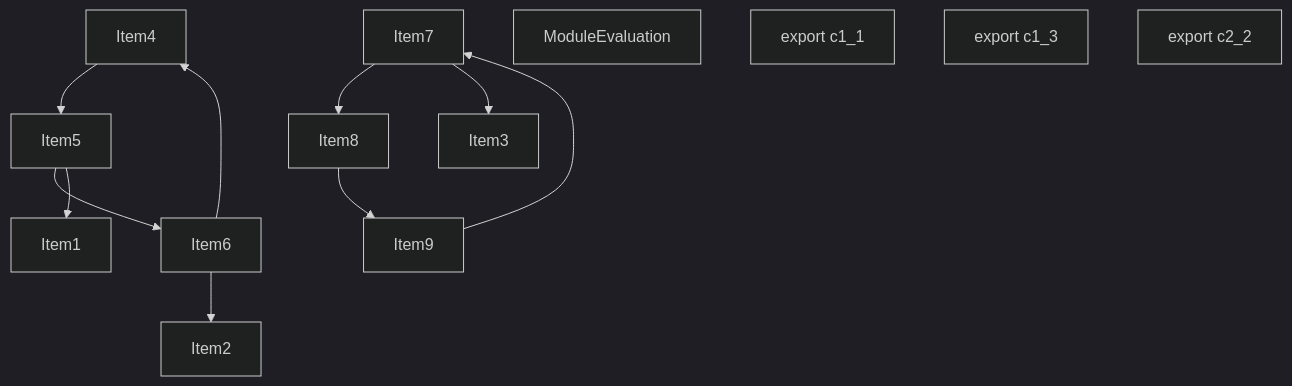
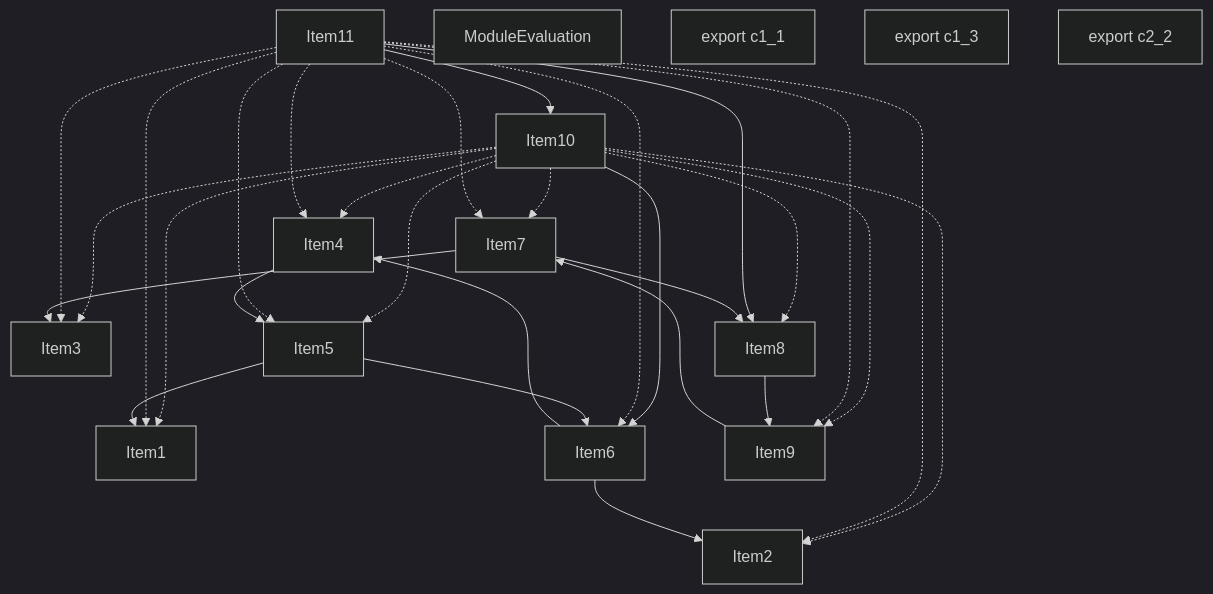
The third of 5 diagrams in crates/turbopack-ecmascript/tests/tree-shaker/analyzer/3/output.md (vercel/turborepo), drawn with Mermaid (dark theme) before and after one commit. The commit also changed other lines of this file, not shown here.

````diff
--- a/crates/turbopack-ecmascript/tests/tree-shaker/analyzer/3/output.md
+++ b/crates/turbopack-ecmascript/tests/tree-shaker/analyzer/3/output.md
@@ -156,29 +199,50 @@
 ```mermaid
 graph TD
     Item1;
     Item2;
     Item3;
     Item4;
     Item5;
     Item6;
     Item7;
     Item8;
     Item9;
     Item10;
-    Item10["ModuleEvaluation"];
     Item11;
-    Item11["export c1_1"];
     Item12;
-    Item12["export c1_3"];
+    Item12["ModuleEvaluation"];
     Item13;
-    Item13["export c2_2"];
+    Item13["export c1_1"];
+    Item14;
+    Item14["export c1_3"];
+    Item15;
+    Item15["export c2_2"];
+    Item10 --> Item6;
+    Item10 -.-> Item5;
+    Item10 -.-> Item1;
+    Item10 -.-> Item4;
+    Item10 -.-> Item2;
+    Item10 -.-> Item8;
+    Item10 -.-> Item3;
+    Item10 -.-> Item9;
+    Item10 -.-> Item7;
+    Item11 --> Item8;
+    Item11 --> Item10;
+    Item11 -.-> Item5;
+    Item11 -.-> Item6;
+    Item11 -.-> Item1;
+    Item11 -.-> Item4;
+    Item11 -.-> Item2;
+    Item11 -.-> Item3;
+    Item11 -.-> Item9;
+    Item11 -.-> Item7;
     Item4 --> Item5;
     Item5 --> Item6;
     Item5 --> Item1;
     Item6 --> Item4;
     Item6 --> Item2;
     Item7 --> Item8;
     Item7 --> Item3;
     Item8 --> Item9;
     Item9 --> Item7;
 ```
````
